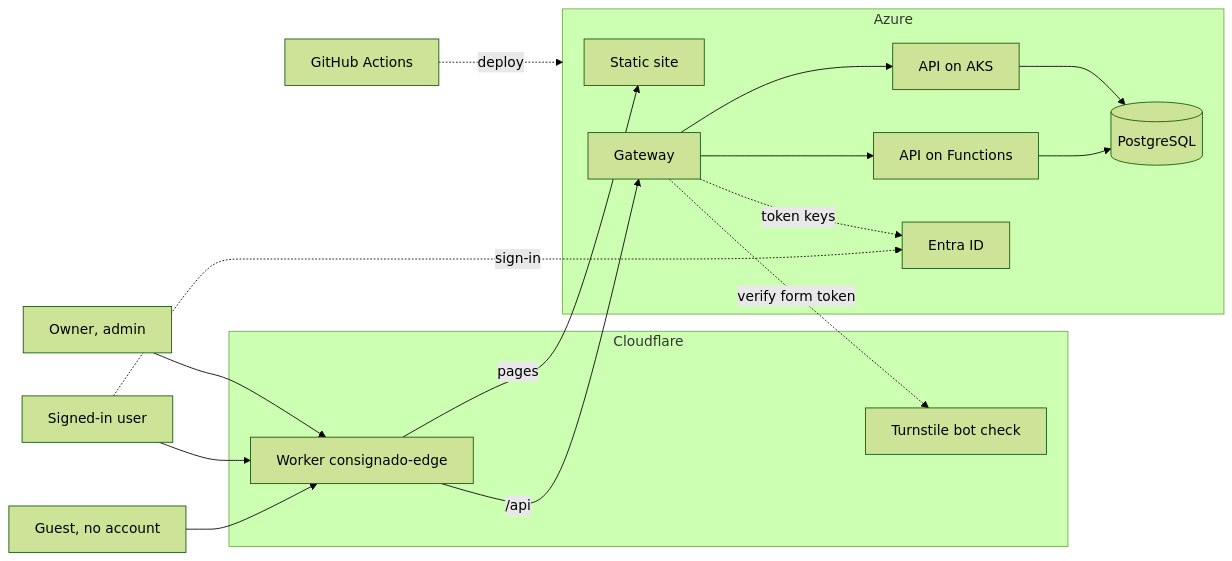
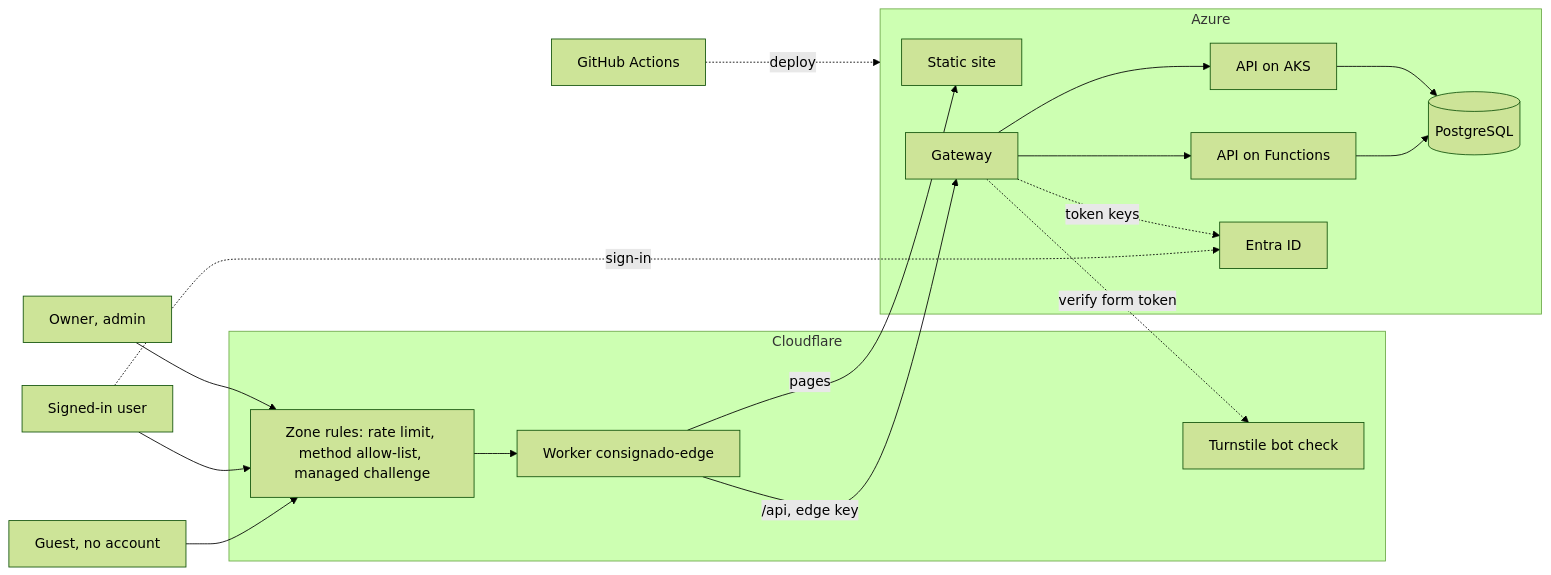
One commit to kmadsdev/consignado-api changed the first of 7 diagrams in docs/platform/architecture.md. Above: the diagram before and after it, drawn with Mermaid (forest theme). The commit also changed other lines of this file and 1 other file, not shown here.

Commit message:
docs(architecture): Cloudflare zone rules, live times, node read from pods, engine states

````diff
--- a/docs/platform/architecture.md
+++ b/docs/platform/architecture.md
@@ -10,36 +10,38 @@
 ```mermaid
 flowchart LR
   guest["Guest, no account"]
   user["Signed-in user"]
   admin["Owner, admin"]
 
   subgraph cf["Cloudflare"]
+    zone["Zone rules: rate limit, method allow-list, managed challenge"]
     edge["Worker consignado-edge"]
     turnstile["Turnstile bot check"]
   end
 
   subgraph az["Azure"]
     site["Static site"]
     gw["Gateway"]
     fn["API on Functions"]
     aks["API on AKS"]
     db[("PostgreSQL")]
     entra["Entra ID"]
   end
 
   gh["GitHub Actions"]
 
-  guest --> edge
-  user --> edge
-  admin --> edge
+  guest --> zone
+  user --> zone
+  admin --> zone
+  zone --> edge
   edge -->|"pages"| site
-  edge -->|"/api"| gw
+  edge -->|"/api, edge key"| gw
   gw --> fn
   gw --> aks
   fn --> db
   aks --> db
   user -.->|"sign-in"| entra
   gw -.->|"token keys"| entra
   gw -.->|"verify form token"| turnstile
   gh -.->|"deploy"| az
 ```
````
